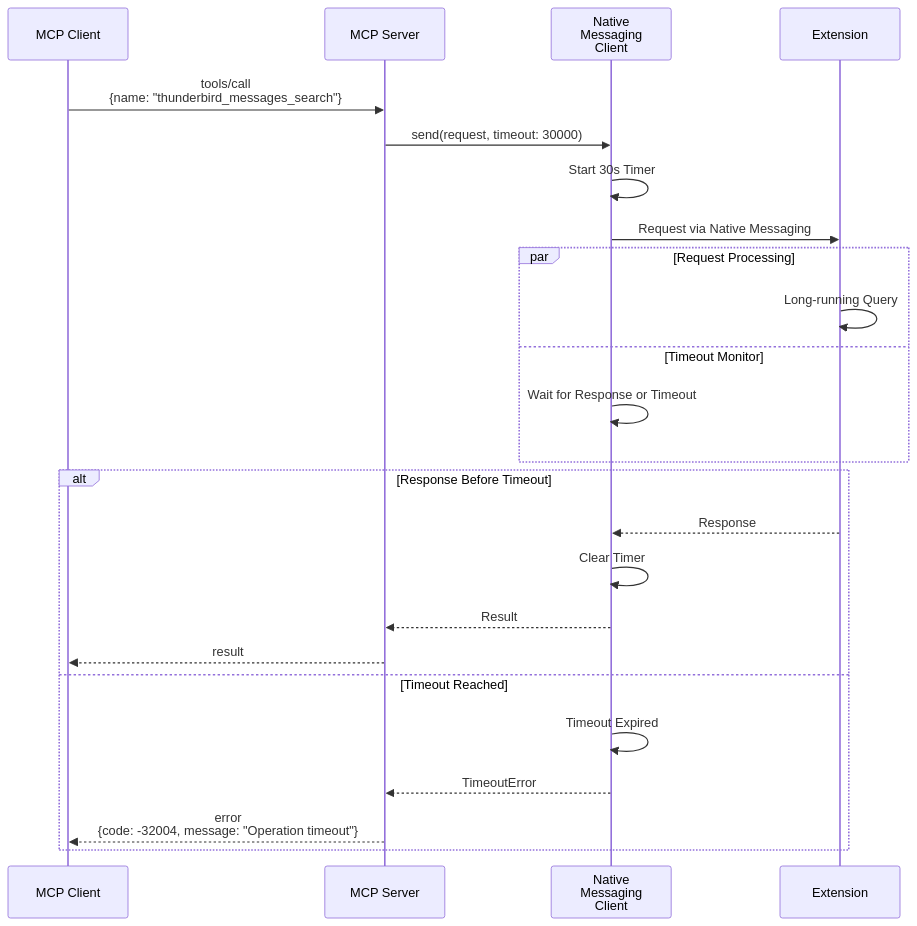
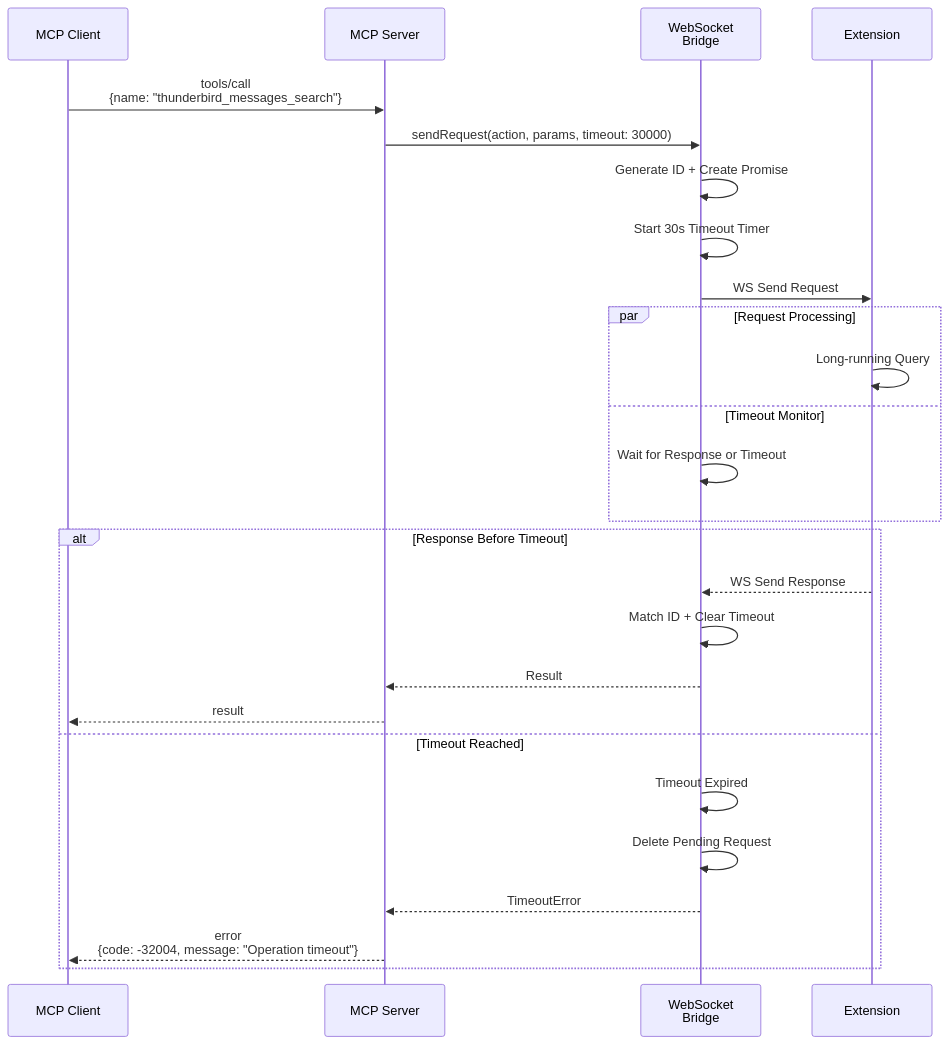
Before and after one commit to assistance-micro-design/zileo-mcp-thunderbird: the third of 10 diagrams in docs/architecture/data-flow.md, drawn with Mermaid. The commit also changed other lines of this file and 7 other files, not shown here.

````diff
--- a/docs/architecture/data-flow.md
+++ b/docs/architecture/data-flow.md
@@ -160,30 +172,32 @@
 ```mermaid
 sequenceDiagram
     participant Client as MCP Client
     participant Server as MCP Server
-    participant NMClient as Native<br/>Messaging<br/>Client
+    participant Bridge as WebSocket<br/>Bridge
     participant Extension as Extension
 
     Client->>Server: tools/call<br/>{name: "thunderbird_messages_search"}
 
-    Server->>NMClient: send(request, timeout: 30000)
-    NMClient->>NMClient: Start 30s Timer
-    NMClient->>Extension: Request via Native Messaging
+    Server->>Bridge: sendRequest(action, params, timeout: 30000)
+    Bridge->>Bridge: Generate ID + Create Promise
+    Bridge->>Bridge: Start 30s Timeout Timer
+    Bridge->>Extension: WS Send Request
 
     par Request Processing
         Extension->>Extension: Long-running Query
     and Timeout Monitor
-        NMClient->>NMClient: Wait for Response or Timeout
+        Bridge->>Bridge: Wait for Response or Timeout
     end
 
     alt Response Before Timeout
-        Extension-->>NMClient: Response
-        NMClient->>NMClient: Clear Timer
-        NMClient-->>Server: Result
+        Extension-->>Bridge: WS Send Response
+        Bridge->>Bridge: Match ID + Clear Timeout
+        Bridge-->>Server: Result
         Server-->>Client: result
     else Timeout Reached
-        NMClient->>NMClient: Timeout Expired
-        NMClient-->>Server: TimeoutError
+        Bridge->>Bridge: Timeout Expired
+        Bridge->>Bridge: Delete Pending Request
+        Bridge-->>Server: TimeoutError
         Server-->>Client: error<br/>{code: -32004, message: "Operation timeout"}
     end
 ```
````
